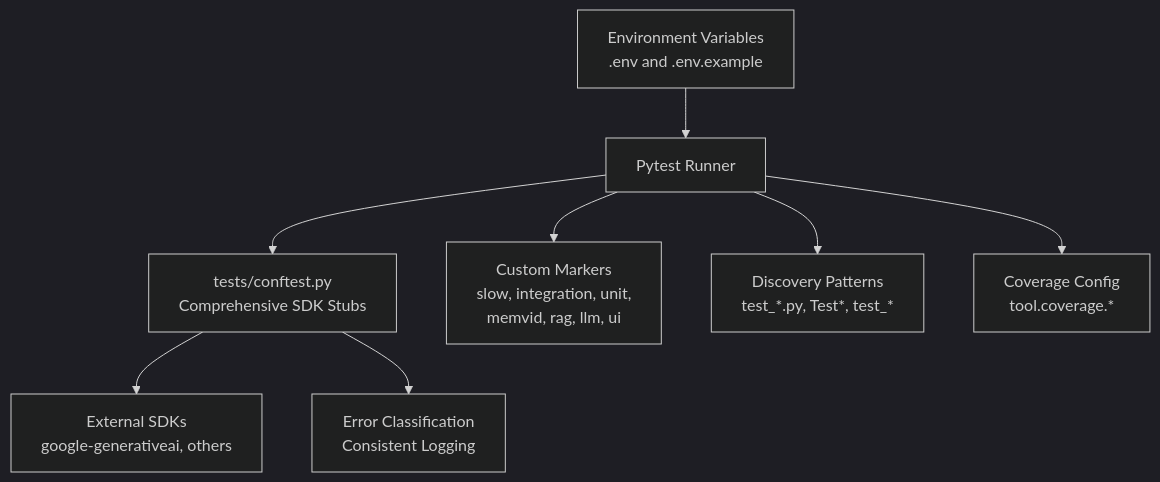
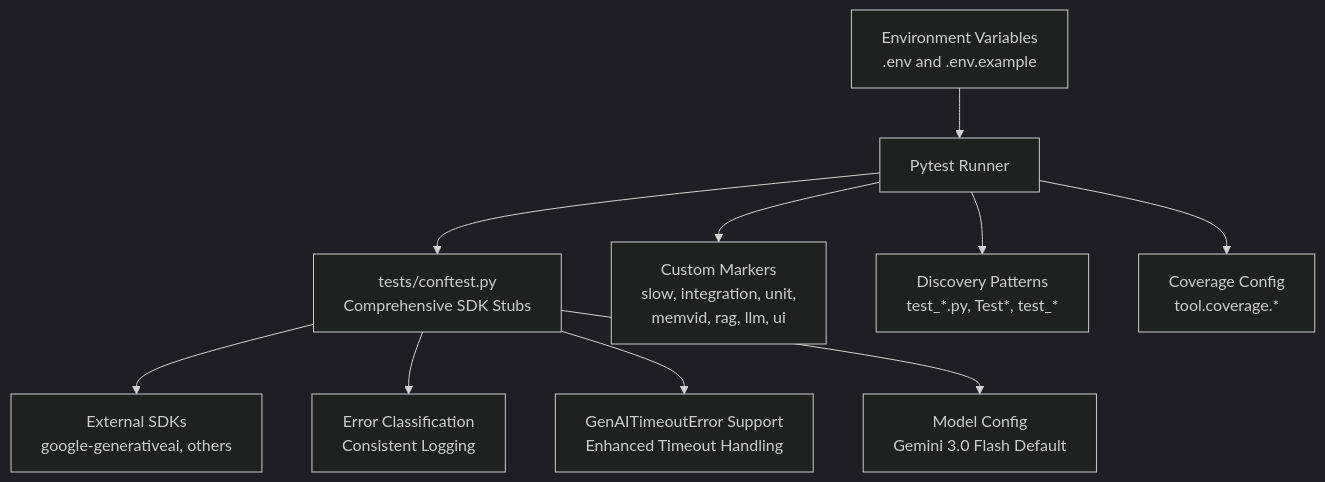
Before and after one commit to MOK-5-ha/MayaMCP: the second of 5 diagrams in .qoder/repowiki/en/content/Testing Strategy/Test Infrastructure.md, drawn with Mermaid (dark theme). The commit also changed other lines of this file and 27 other files, not shown here.

````diff
--- a/.qoder/repowiki/en/content/Testing Strategy/Test Infrastructure.md
+++ b/.qoder/repowiki/en/content/Testing Strategy/Test Infrastructure.md
@@ -156,18 +173,22 @@
 ```mermaid
 graph TB
 Pytest["Pytest Runner"]
 Cfg["tests/conftest.py<br/>Comprehensive SDK Stubs"]
 Markers["Custom Markers<br/>slow, integration, unit,<br/>memvid, rag, llm, ui"]
 Disc["Discovery Patterns<br/>test_*.py, Test*, test_*"]
 Cov["Coverage Config<br/>tool.coverage.*"]
 Env["Environment Variables<br/>.env and .env.example"]
 Ext["External SDKs<br/>google-generativeai, others"]
 Err["Error Classification<br/>Consistent Logging"]
+Timeout["GenAITimeoutError Support<br/>Enhanced Timeout Handling"]
+ModelCfg["Model Config<br/>Gemini 3.0 Flash Default"]
 Pytest --> Disc
 Pytest --> Markers
 Pytest --> Cfg
 Pytest --> Cov
 Cfg --> Ext
 Cfg --> Err
+Cfg --> Timeout
+Cfg --> ModelCfg
 Env --> Pytest
 ```
````
